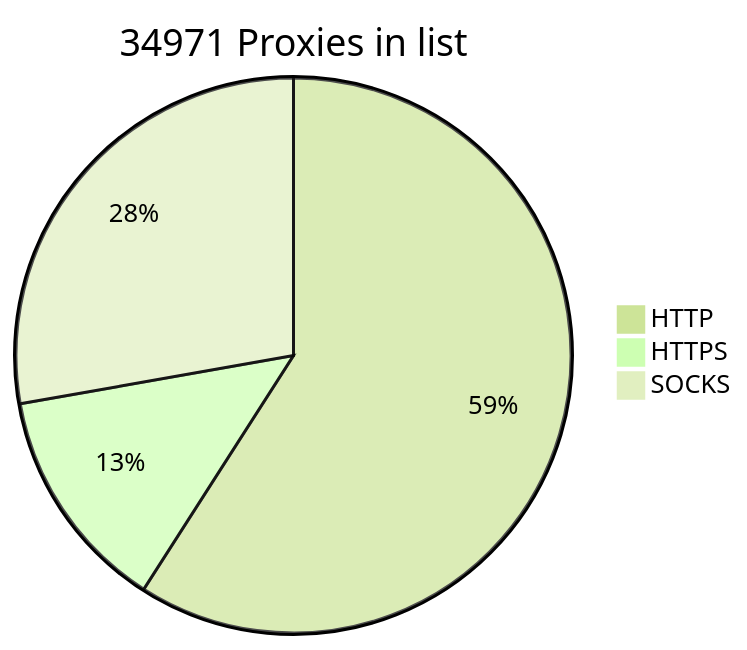
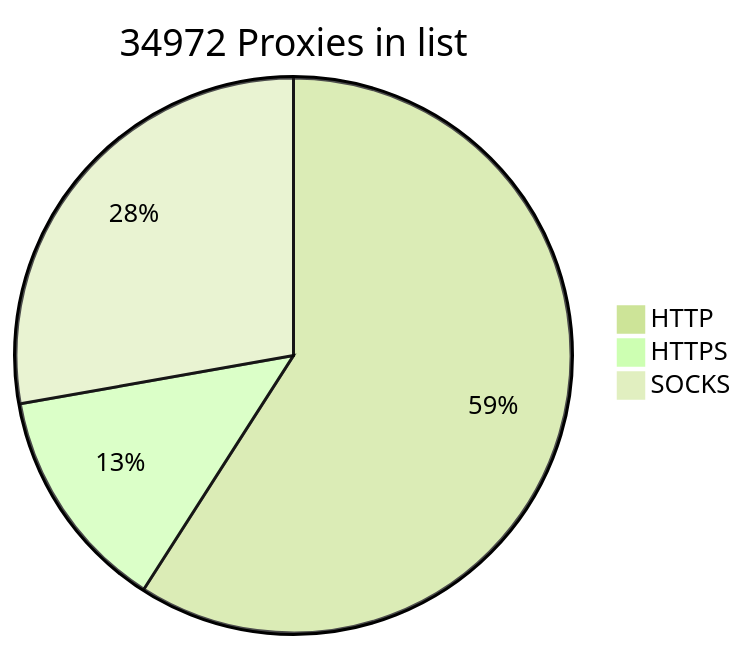
One commit to BlackSnowDot/proxylist-update-every-minute changed the diagram in README.md. Above: the diagram before and after it, drawn with Mermaid (forest theme).

````diff
--- a/README.md
+++ b/README.md
@@ -2,6 +2,6 @@
 ```mermaid
-pie title 34971 Proxies in list
+pie title 34972 Proxies in list
     "HTTP" : 22925
     "HTTPS": 5103
-    "SOCKS" : 10784
+    "SOCKS" : 10785
 ```
````
